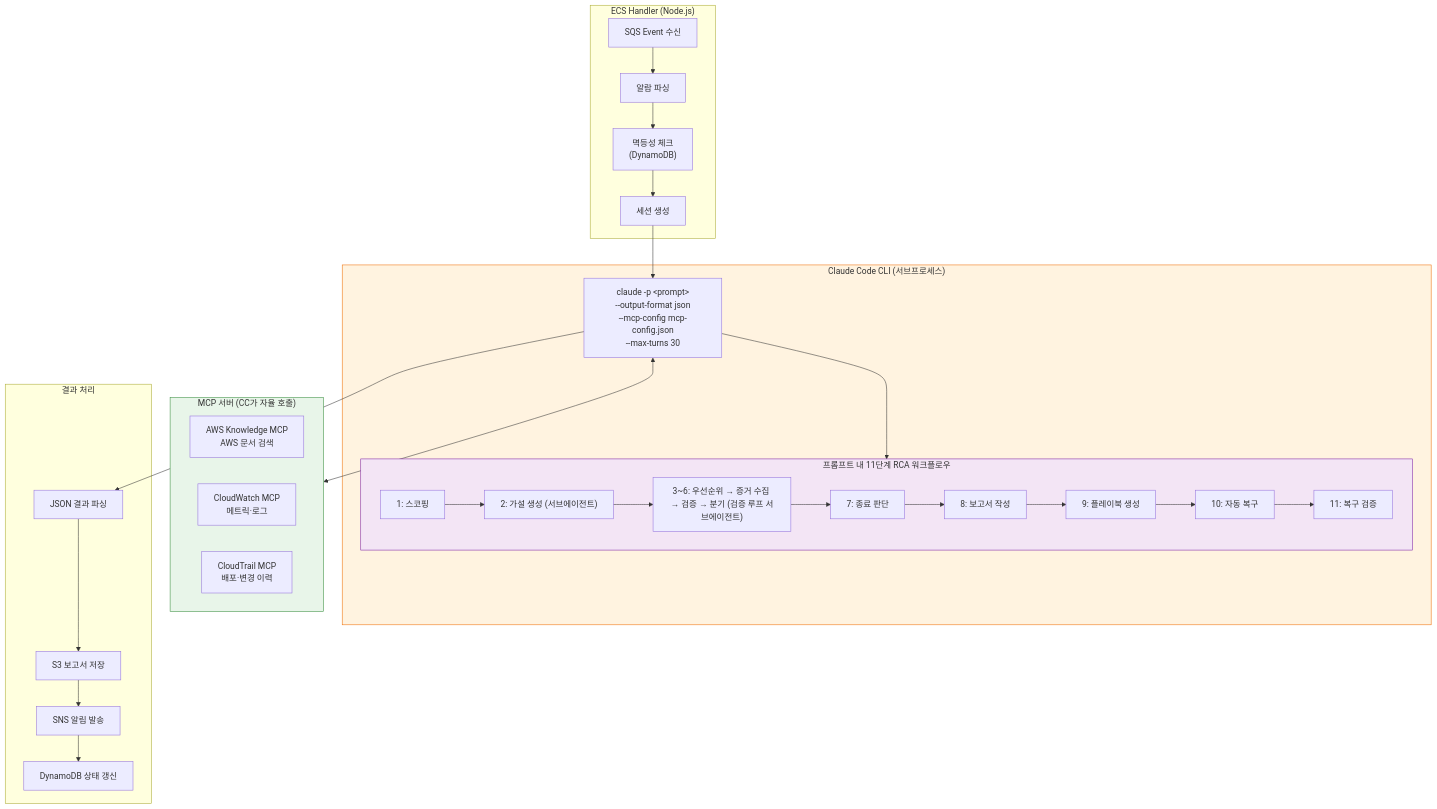
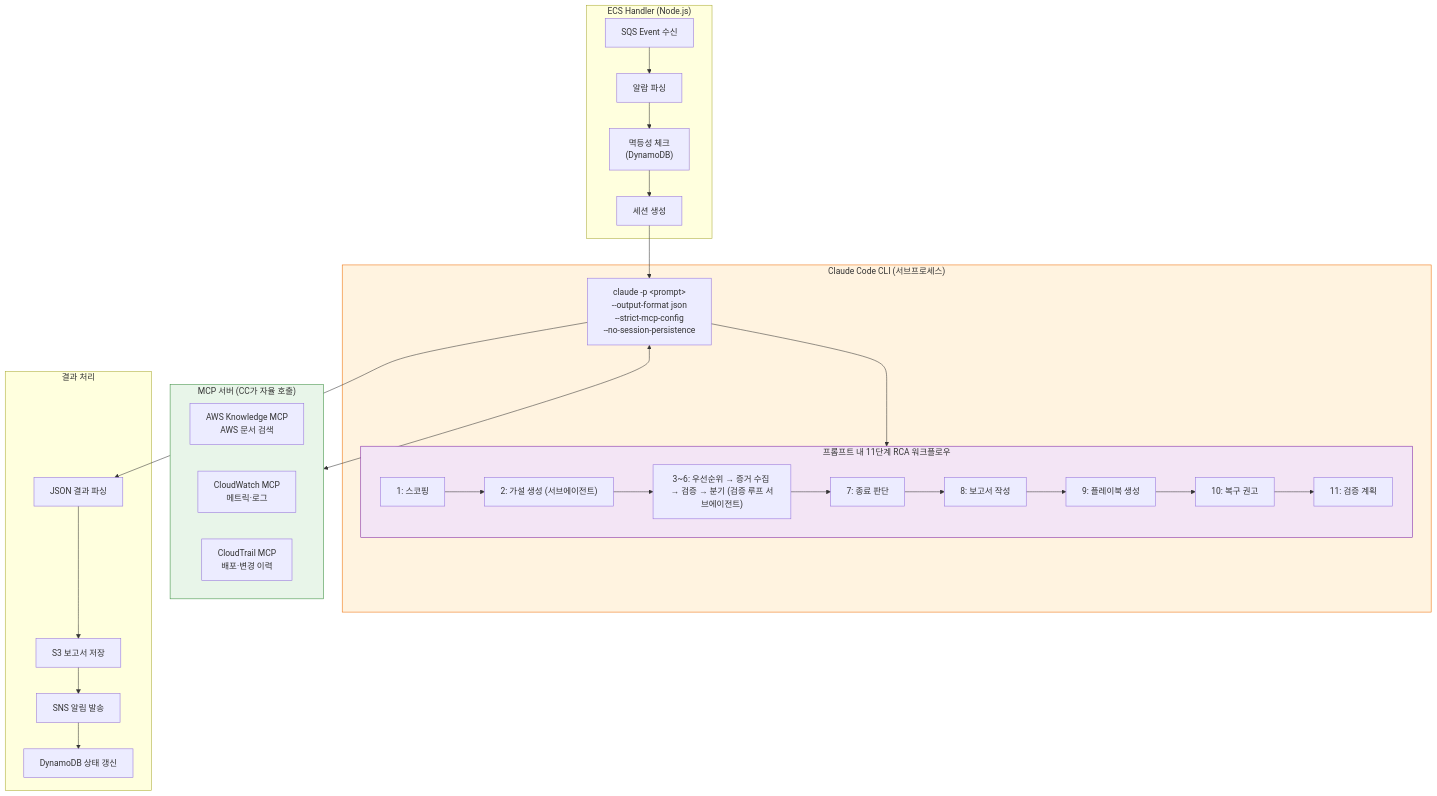
The ninth of 22 diagrams in docs/system-guide-for-ops.md (haandol/rca-agent), drawn with Mermaid before and after one commit. The commit also changed other lines of this file and 98 other files, not shown here.

````diff
--- a/docs/system-guide-for-ops.md
+++ b/docs/system-guide-for-ops.md
@@ -399,50 +399,50 @@
 ```mermaid
 flowchart TD
     subgraph EcsHandler["ECS Handler (Node.js)"]
         SQS["SQS Event 수신"]
         PARSE["알람 파싱"]
         IDEMP["멱등성 체크<br/>(DynamoDB)"]
         SESSION["세션 생성"]
         SQS --> PARSE --> IDEMP --> SESSION
     end
 
     subgraph CCProcess["Claude Code CLI (서브프로세스)"]
-        CC["claude -p &lt;prompt&gt;<br/>--output-format json<br/>--mcp-config mcp-config.json<br/>--max-turns 30"]
+        CC["claude -p &lt;prompt&gt;<br/>--output-format json<br/>--strict-mcp-config<br/>--no-session-persistence"]
 
         subgraph Prompt["프롬프트 내 11단계 RCA 워크플로우"]
             S1["1: 스코핑"]
             S2["2: 가설 생성 (서브에이전트)"]
             S3["3~6: 우선순위 → 증거 수집 → 검증 → 분기 (검증 루프 서브에이전트)"]
             S7["7: 종료 판단"]
             S8["8: 보고서 작성"]
             S9["9: 플레이북 생성"]
-            S10["10: 자동 복구"]
-            S11["11: 복구 검증"]
+            S10["10: 복구 권고"]
+            S11["11: 검증 계획"]
             S1 --> S2 --> S3 --> S7 --> S8 --> S9 --> S10 --> S11
         end
 
         CC --> Prompt
     end
 
     subgraph MCPServers["MCP 서버 (CC가 자율 호출)"]
         AK["AWS Knowledge MCP<br/>AWS 문서 검색"]
         CW["CloudWatch MCP<br/>메트릭·로그"]
         CT["CloudTrail MCP<br/>배포·변경 이력"]
     end
 
     subgraph Output["결과 처리"]
         RESULT["JSON 결과 파싱"]
         S3_SAVE["S3 보고서 저장"]
         SNS_SEND["SNS 알림 발송"]
         DDB_UP["DynamoDB 상태 갱신"]
         RESULT --> S3_SAVE --> SNS_SEND --> DDB_UP
     end
 
     SESSION --> CC
     CC <--> MCPServers
     CC --> RESULT
 
     style CCProcess fill:#fff3e0,stroke:#ef6c00
     style MCPServers fill:#e8f5e9,stroke:#388e3c
     style Prompt fill:#f3e5f5,stroke:#7b1fa2
 ```
````
